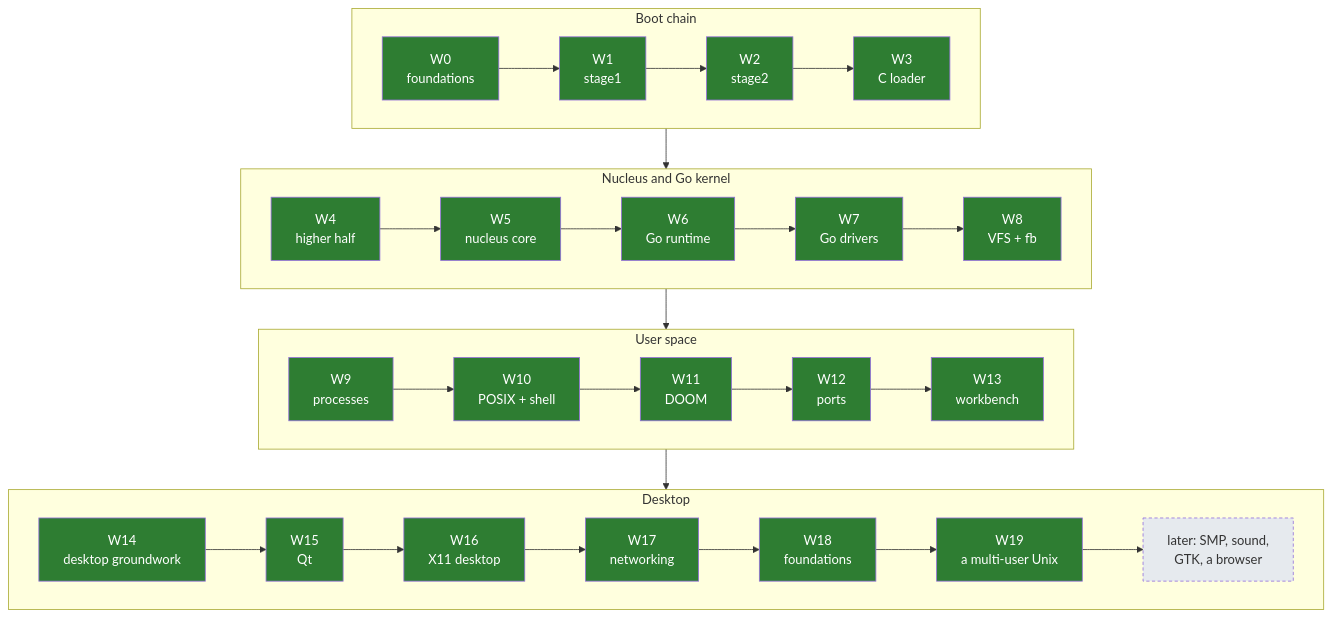
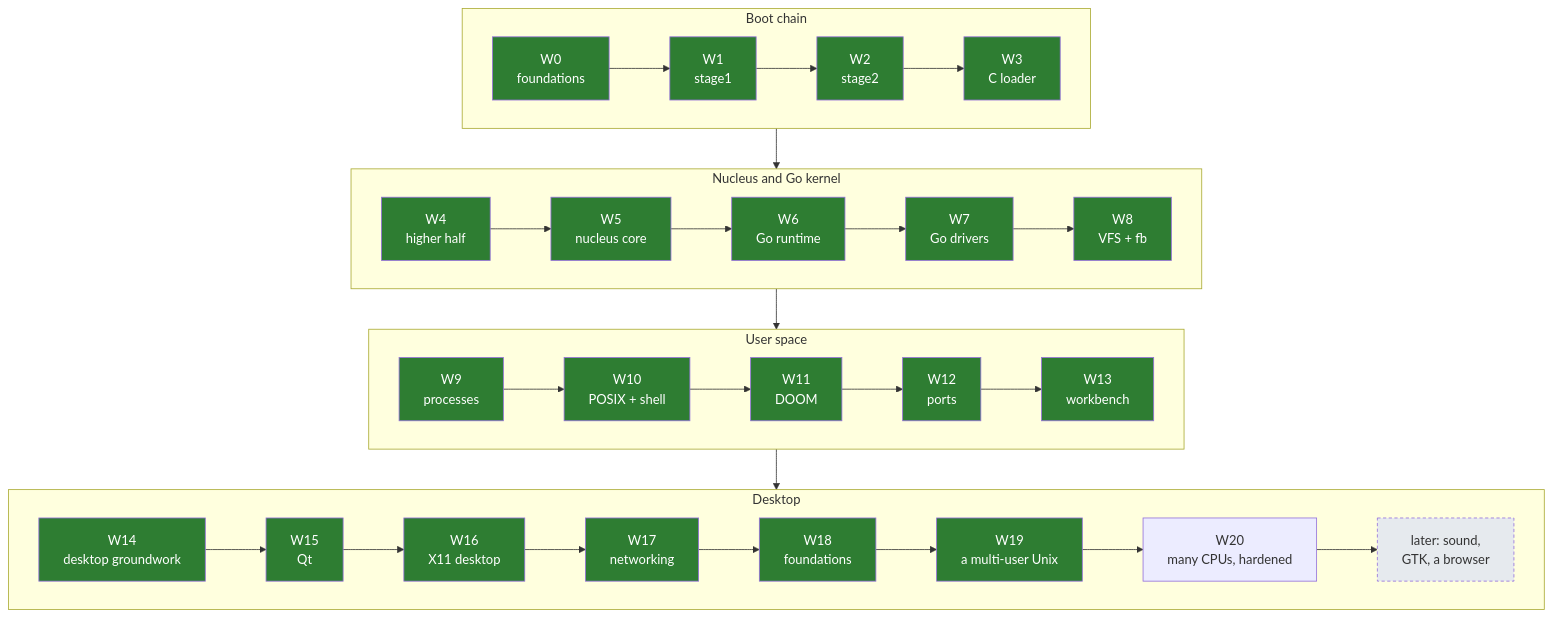
Before and after one commit to decagondev/burrow: the diagram in docs/04-plan/ROADMAP.md, drawn with Mermaid. The commit also changed other lines of this file and 4 other files, not shown here.

First line of the commit message:
Plan Wave 20: many CPUs, hardened

````diff
--- a/docs/04-plan/ROADMAP.md
+++ b/docs/04-plan/ROADMAP.md
@@ -28,25 +29,25 @@
 ```mermaid
 flowchart TB
     subgraph boot["Boot chain"]
         direction LR
         W0["W0<br/>foundations"] --> W1["W1<br/>stage1"] --> W2["W2<br/>stage2"] --> W3["W3<br/>C loader"]
     end
     subgraph core["Nucleus and Go kernel"]
         direction LR
         W4["W4<br/>higher half"] --> W5["W5<br/>nucleus core"] --> W6["W6<br/>Go runtime"] --> W7["W7<br/>Go drivers"] --> W8["W8<br/>VFS + fb"]
     end
     subgraph unix["User space"]
         direction LR
         W9["W9<br/>processes"] --> W10["W10<br/>POSIX + shell"] --> W11["W11<br/>DOOM"] --> W12["W12<br/>ports"] --> W13["W13<br/>workbench"]
     end
     subgraph desk["Desktop"]
         direction LR
-        W14["W14<br/>desktop groundwork"] --> W15["W15<br/>Qt"] --> W16["W16<br/>X11 desktop"] --> W17["W17<br/>networking"] --> W18["W18<br/>foundations"] --> W19["W19<br/>a multi-user Unix"] --> X["later: SMP, sound,<br/>GTK, a browser"]
+        W14["W14<br/>desktop groundwork"] --> W15["W15<br/>Qt"] --> W16["W16<br/>X11 desktop"] --> W17["W17<br/>networking"] --> W18["W18<br/>foundations"] --> W19["W19<br/>a multi-user Unix"] --> W20["W20<br/>many CPUs, hardened"] --> X["later: sound,<br/>GTK, a browser"]
     end
     boot --> core --> unix --> desk
     classDef done fill:#2e7d32,color:#fff;
     classDef next fill:#f9a825,color:#000;
     classDef later fill:#e6eaee,color:#333,stroke-dasharray: 4 3;
     class W0,W1,W2,W3,W4,W5,W6,W7,W8,W9,W10,W11,W12,W13,W14,W15,W16,W17,W18,W19 done;
     class X later;
 ```
````
